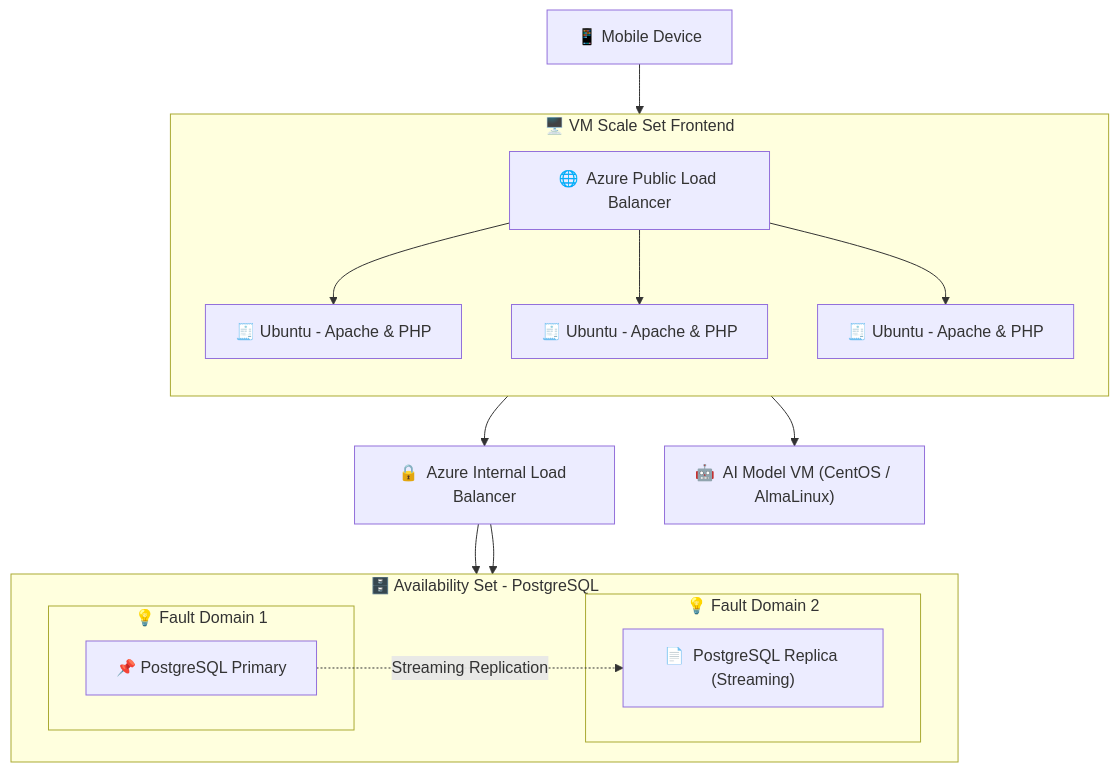
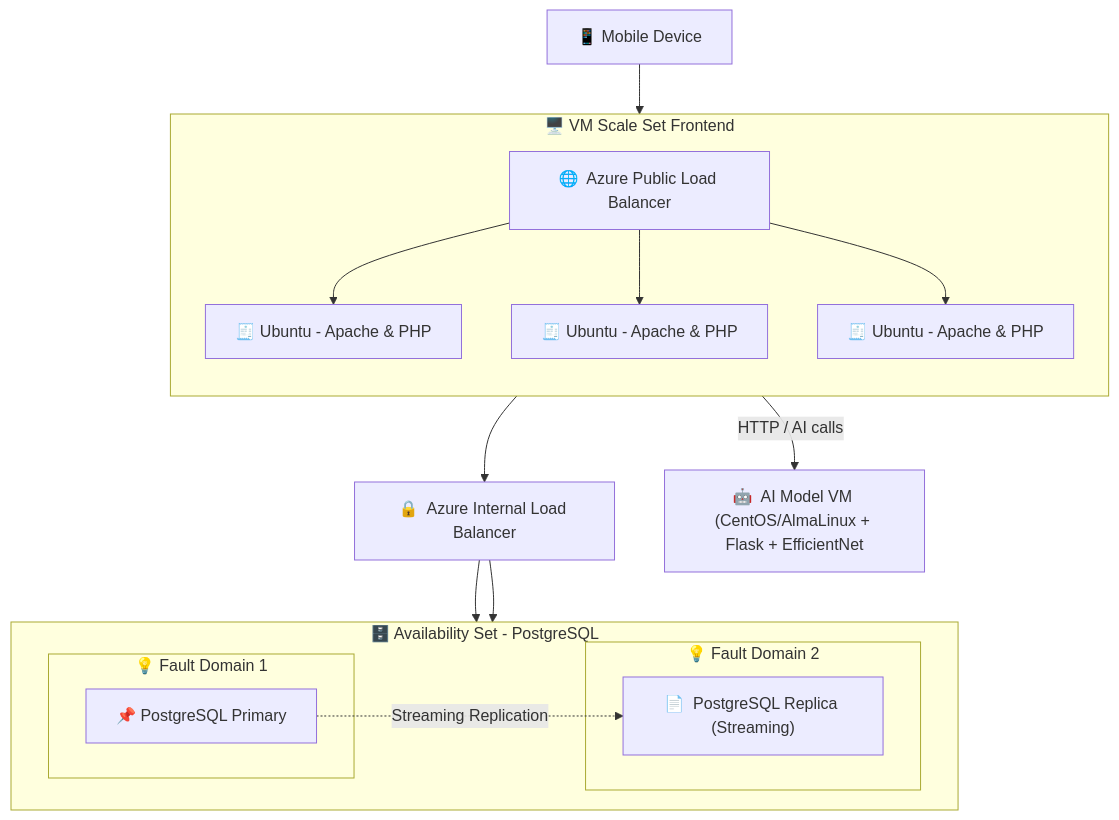
The diagram in Azure_Virtual_Machines/VM_Web_Server_AI_Project/assets/code_archive/overview_mermaid_code.mmd (heisthesisko/azure-se-bootcamp), drawn with Mermaid before and after one commit.

````diff
--- a/Azure_Virtual_Machines/VM_Web_Server_AI_Project/assets/code_archive/overview_mermaid_code.mmd
+++ b/Azure_Virtual_Machines/VM_Web_Server_AI_Project/assets/code_archive/overview_mermaid_code.mmd
@@ -1,36 +1,36 @@
 ```mermaid
 flowchart TD
     %% Mobile Client
     Mobile["📱  Mobile Device "] --> PublicLB["🌐  Azure Public Load Balancer "]
 
     %% Front-end Webservers VMSS
     subgraph FrontEndVMSS["🖥️  VM Scale Set Frontend"]
         direction TB
         PublicLB --> VM1["🧾  Ubuntu - Apache & PHP"]
         PublicLB --> VM2["🧾  Ubuntu - Apache & PHP"]
         PublicLB --> VM3["🧾  Ubuntu - Apache & PHP"]
     end
 
     %% Internal Load Balancer to Database
     FrontEndVMSS --> InternalLB["🔒  Azure Internal Load Balancer "]
 
     %% PostgreSQL Availability Set with Replication
     subgraph PGSet["🗄️  Availability Set - PostgreSQL "]
         direction LR
         subgraph FaultDomain1["💡 Fault Domain 1"]
             VMPrimary["📌  PostgreSQL Primary"]
         end
         subgraph FaultDomain2["💡 Fault Domain 2"]
             VMReplica["📄  PostgreSQL Replica (Streaming)"]
         end
     end
 
     InternalLB --> VMPrimary
     InternalLB --> VMReplica
 
     %% AI Model Server
-    FrontEndVMSS --> AIModel["🤖  AI Model VM (CentOS / AlmaLinux)"]
+    FrontEndVMSS --> |"HTTP / AI calls"| AIModel["🤖  AI Model VM (CentOS/AlmaLinux + Flask + EfficientNet"]
 
     %% Data Flow
     VMPrimary -.->|Streaming Replication| VMReplica
 ```
````
